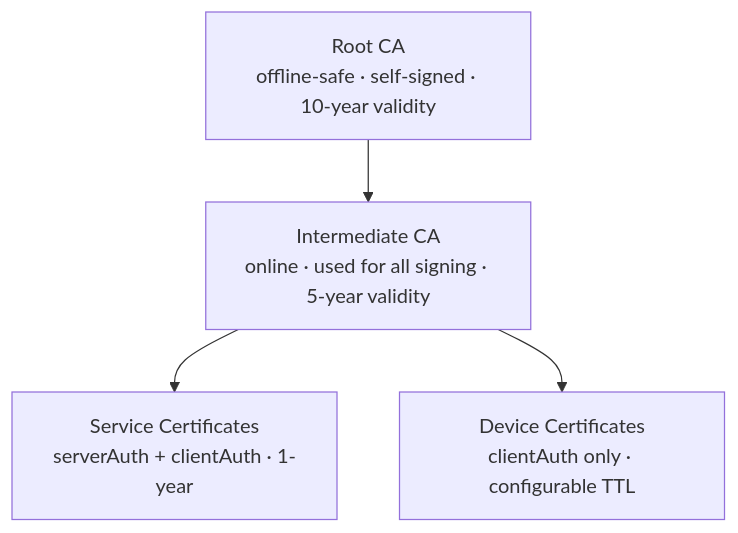
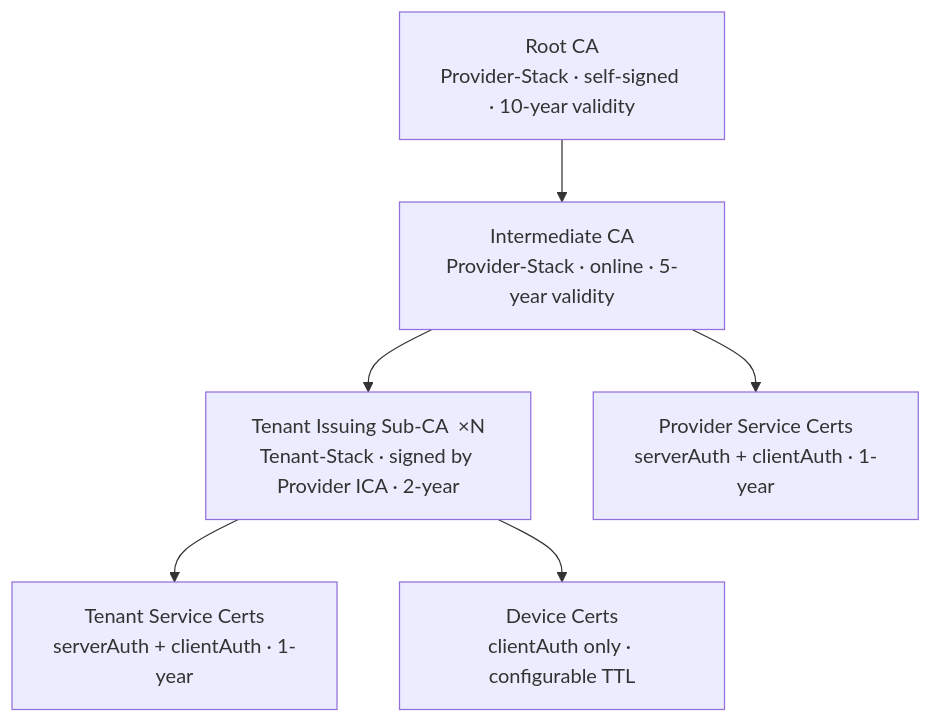
One commit to the78mole/complete-device-management changed the first of 4 diagrams in docs/architecture/pki.md. Above: the diagram before and after it, drawn with Mermaid. The commit also changed other lines of this file and 237 other files, not shown here.

````diff
--- a/docs/architecture/pki.md
+++ b/docs/architecture/pki.md
@@ -9,11 +11,15 @@
 ```mermaid
 graph TD
-    RCA["Root CA<br/>offline-safe · self-signed · 10-year validity"]
-    ICA["Intermediate CA<br/>online · used for all signing · 5-year validity"]
-    SVC["Service Certificates<br/>serverAuth + clientAuth · 1-year"]
-    DEV["Device Certificates<br/>clientAuth only · configurable TTL"]
+    RCA["Root CA<br>Provider-Stack · self-signed · 10-year validity"]
+    ICA["Intermediate CA<br>Provider-Stack · online · 5-year validity"]
+    TSCA["Tenant Issuing Sub-CA  ×N<br>Tenant-Stack · signed by Provider ICA · 2-year"]
+    SVC["Provider Service Certs<br>serverAuth + clientAuth · 1-year"]
+    TSVC["Tenant Service Certs<br>serverAuth + clientAuth · 1-year"]
+    DEV["Device Certs<br>clientAuth only · configurable TTL"]
 
     RCA --> ICA
+    ICA --> TSCA
     ICA --> SVC
-    ICA --> DEV
+    TSCA --> TSVC
+    TSCA --> DEV
 ```
````
